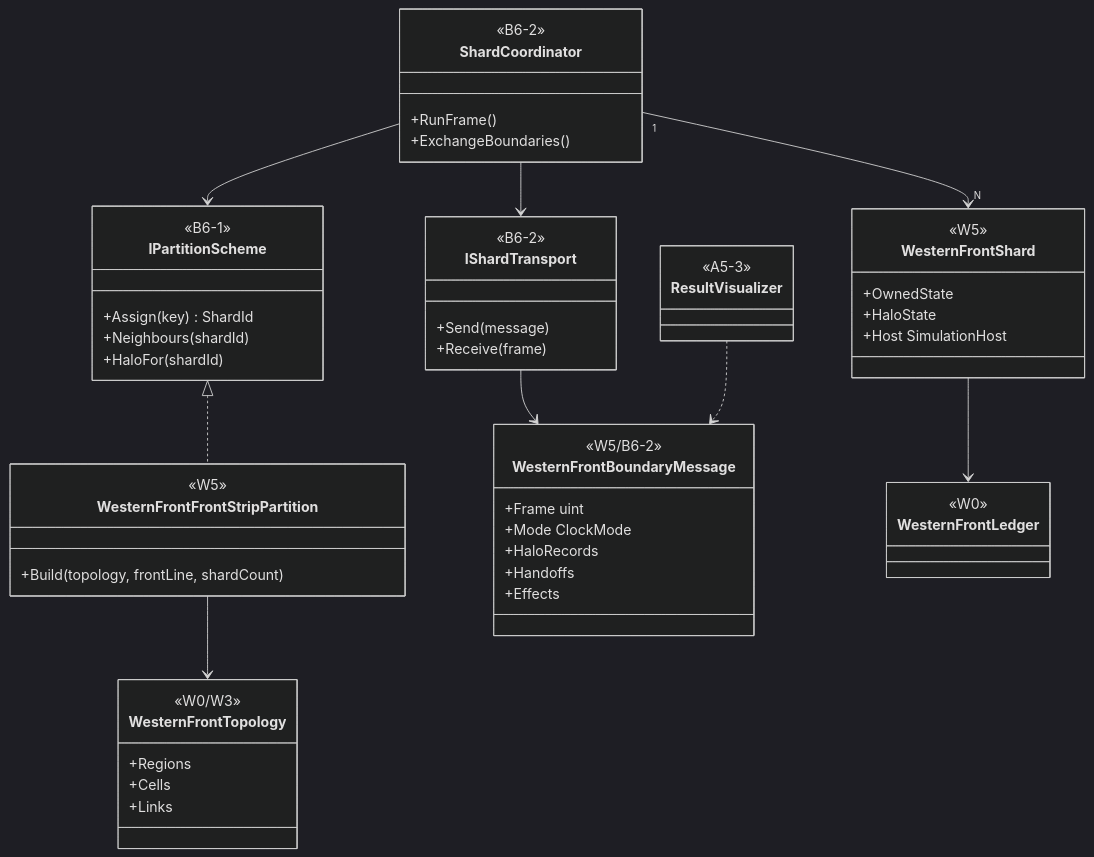
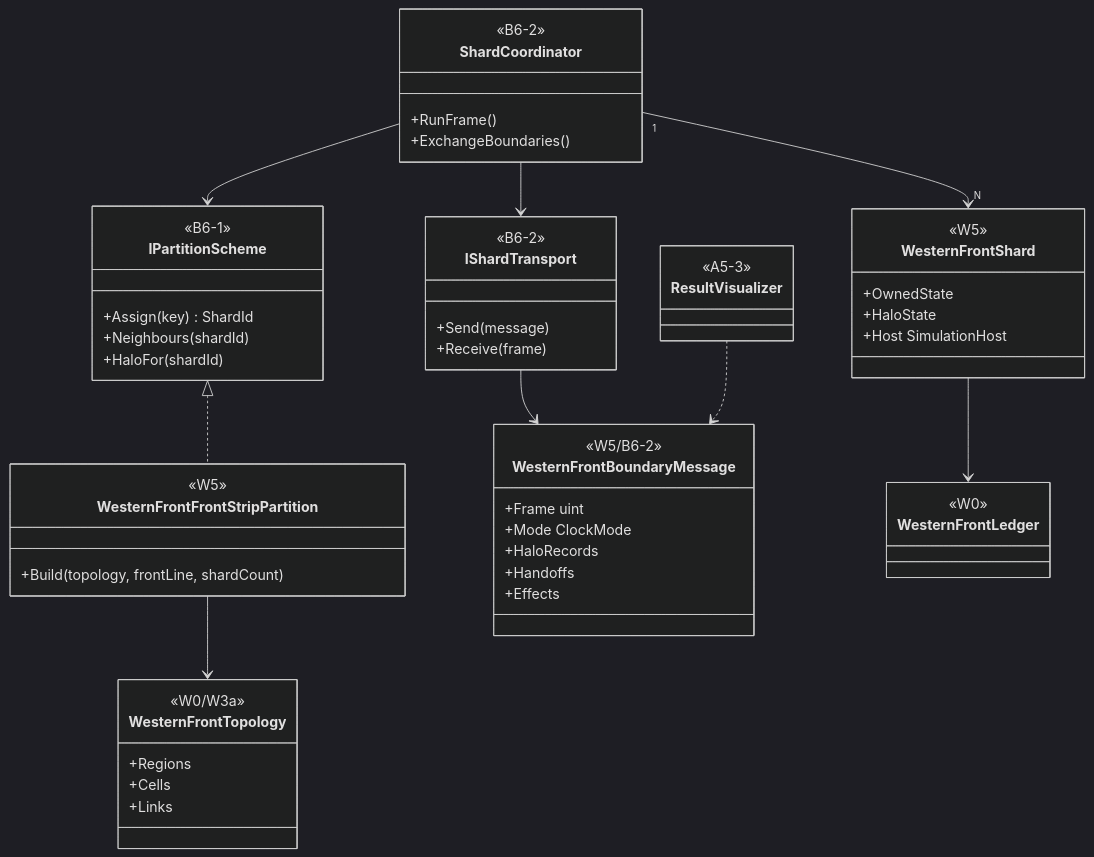
The first of 2 diagrams in docs/roadmap/deep-dives/w5-distributed-regional-simulation.md (rmessinger/Panopticon), drawn with Mermaid (dark theme) before and after one commit. The commit also changed other lines of this file and 57 other files, not shown here.

````diff
--- a/docs/roadmap/deep-dives/w5-distributed-regional-simulation.md
+++ b/docs/roadmap/deep-dives/w5-distributed-regional-simulation.md
@@ -100,58 +100,58 @@
 ```mermaid
 classDiagram
   class IPartitionScheme {
     <<B6-1>>
     +Assign(key) ShardId
     +Neighbours(shardId)
     +HaloFor(shardId)
   }
   class WesternFrontFrontStripPartition {
     <<W5>>
     +Build(topology, frontLine, shardCount)
   }
   class WesternFrontTopology {
-    <<W0/W3>>
+    <<W0/W3a>>
     +Regions
     +Cells
     +Links
   }
   class ShardCoordinator {
     <<B6-2>>
     +RunFrame()
     +ExchangeBoundaries()
   }
   class WesternFrontShard {
     <<W5>>
     +OwnedState
     +HaloState
     +Host SimulationHost
   }
   class WesternFrontBoundaryMessage {
     <<W5/B6-2>>
     +Frame uint
     +Mode ClockMode
     +HaloRecords
     +Handoffs
     +Effects
   }
   class IShardTransport {
     <<B6-2>>
     +Send(message)
     +Receive(frame)
   }
   class WesternFrontLedger {
     <<W0>>
   }
   class ResultVisualizer {
     <<A5-3>>
   }
 
   IPartitionScheme <|.. WesternFrontFrontStripPartition
   WesternFrontFrontStripPartition --> WesternFrontTopology
   ShardCoordinator --> IPartitionScheme
   ShardCoordinator "1" --> "N" WesternFrontShard
   ShardCoordinator --> IShardTransport
   IShardTransport --> WesternFrontBoundaryMessage
   WesternFrontShard --> WesternFrontLedger
   ResultVisualizer ..> WesternFrontBoundaryMessage
 ```
````
